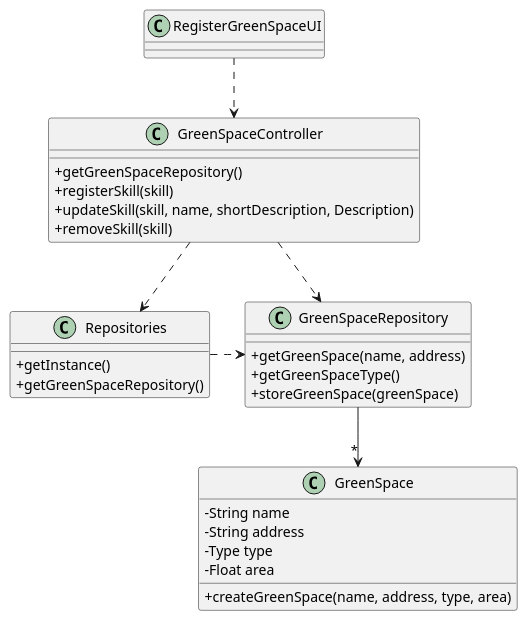
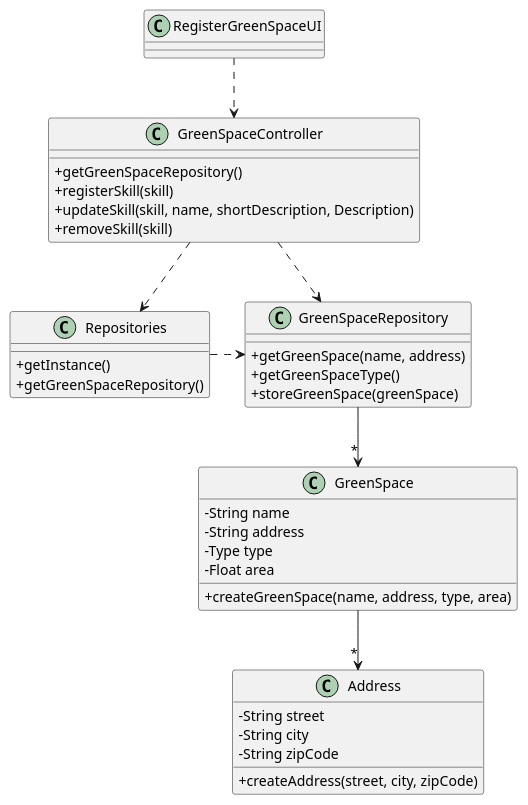
The diagram in docs/sprintC/us020/03.design/puml/us020-class-diagram.puml (RicardoMorim/lapr2-ISEP-Project), drawn with PlantUML before and after one commit. The commit also changed 5 other files, not shown here.

```diff
--- a/docs/sprintC/us020/03.design/puml/us020-class-diagram.puml
+++ b/docs/sprintC/us020/03.design/puml/us020-class-diagram.puml
@@ -1,47 +1,55 @@
 @startuml
 'skinparam monochrome true
 skinparam packageStyle rectangle
 skinparam shadowing false
 skinparam linetype polyline
 'skinparam linetype orto
 
 skinparam classAttributeIconSize 0
 
 'left to right direction
 
 class RegisterGreenSpaceUI {
 }
 
 class GreenSpaceController {
     + getGreenSpaceRepository()
     + registerSkill(skill)
     + updateSkill(skill, name, shortDescription, Description)
     + removeSkill(skill)
 }
 
 
 
 class GreenSpaceRepository {
     + getGreenSpace(name, address)
     + getGreenSpaceType()
     + storeGreenSpace(greenSpace)
 }
 class GreenSpace {
     - String name
     - String address
     - Type type
     - Float area
 
     + createGreenSpace(name, address, type, area)
 }
 class Repositories {
     + getInstance()
     + getGreenSpaceRepository()
 }
+class Address {
+    - String street
+    - String city
+    - String zipCode
+
+    + createAddress(street, city, zipCode)
+    }
 RegisterGreenSpaceUI ..> GreenSpaceController
 GreenSpaceController ..> GreenSpaceRepository
 GreenSpaceController .> Repositories
 Repositories .> GreenSpaceRepository
 GreenSpaceRepository --> "*"GreenSpace
+GreenSpace --> "*"Address
 
 @enduml
```
